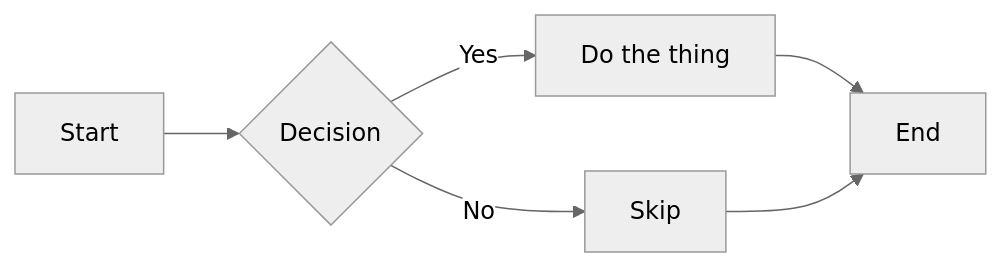
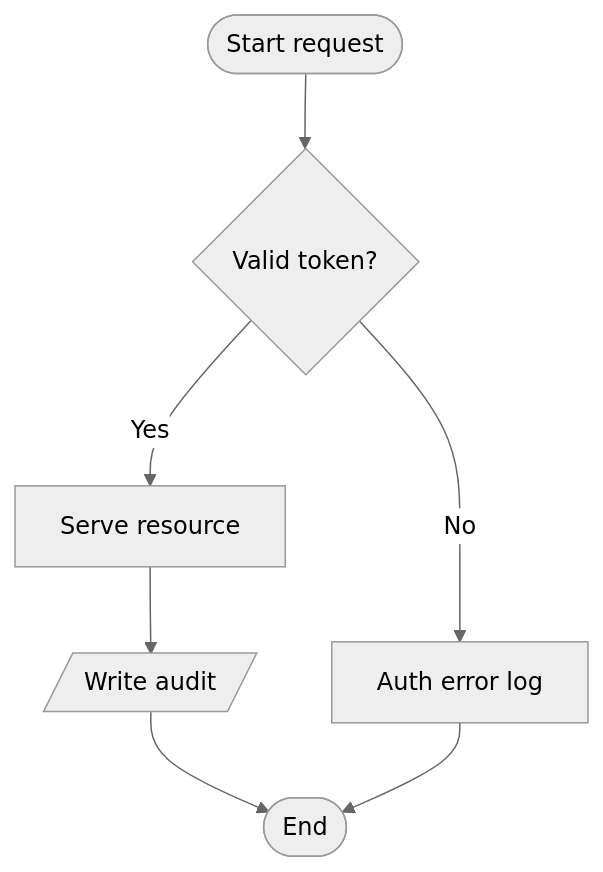
Before and after one commit to alvaroaac/plan-review: the first of 3 diagrams in examples/renderer-fixture.md, drawn with Mermaid (neutral theme). The commit also changed other lines of this file, not shown here.

Commit message:
test(fixture): extend mermaid flowchart to hit every role + yes/no edge

````diff
--- a/examples/renderer-fixture.md
+++ b/examples/renderer-fixture.md
@@ -100,8 +100,9 @@
 ```mermaid
-flowchart LR
-  A[Start] --> B{Decision}
-  B -->|Yes| C[Do the thing]
-  B -->|No| D[Skip]
-  C --> E[End]
-  D --> E
+flowchart TD
+  Begin([Start request]) --> CheckAuth{Valid token?}
+  CheckAuth -->|Yes| Serve[Serve resource]
+  CheckAuth -->|No| Fail[Auth error log]
+  Serve --> Log[/Write audit/]
+  Log --> Done([End])
+  Fail --> Done
 ```
````
